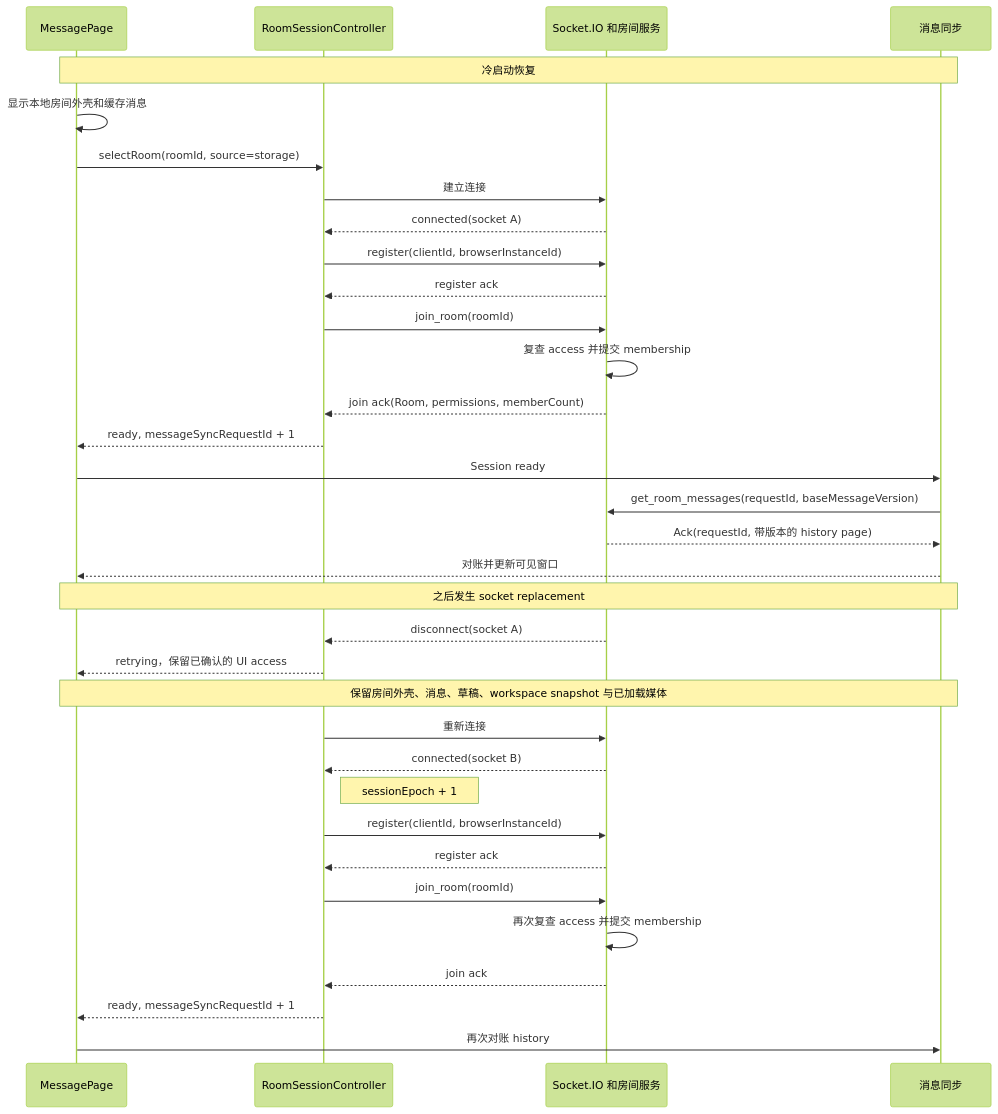
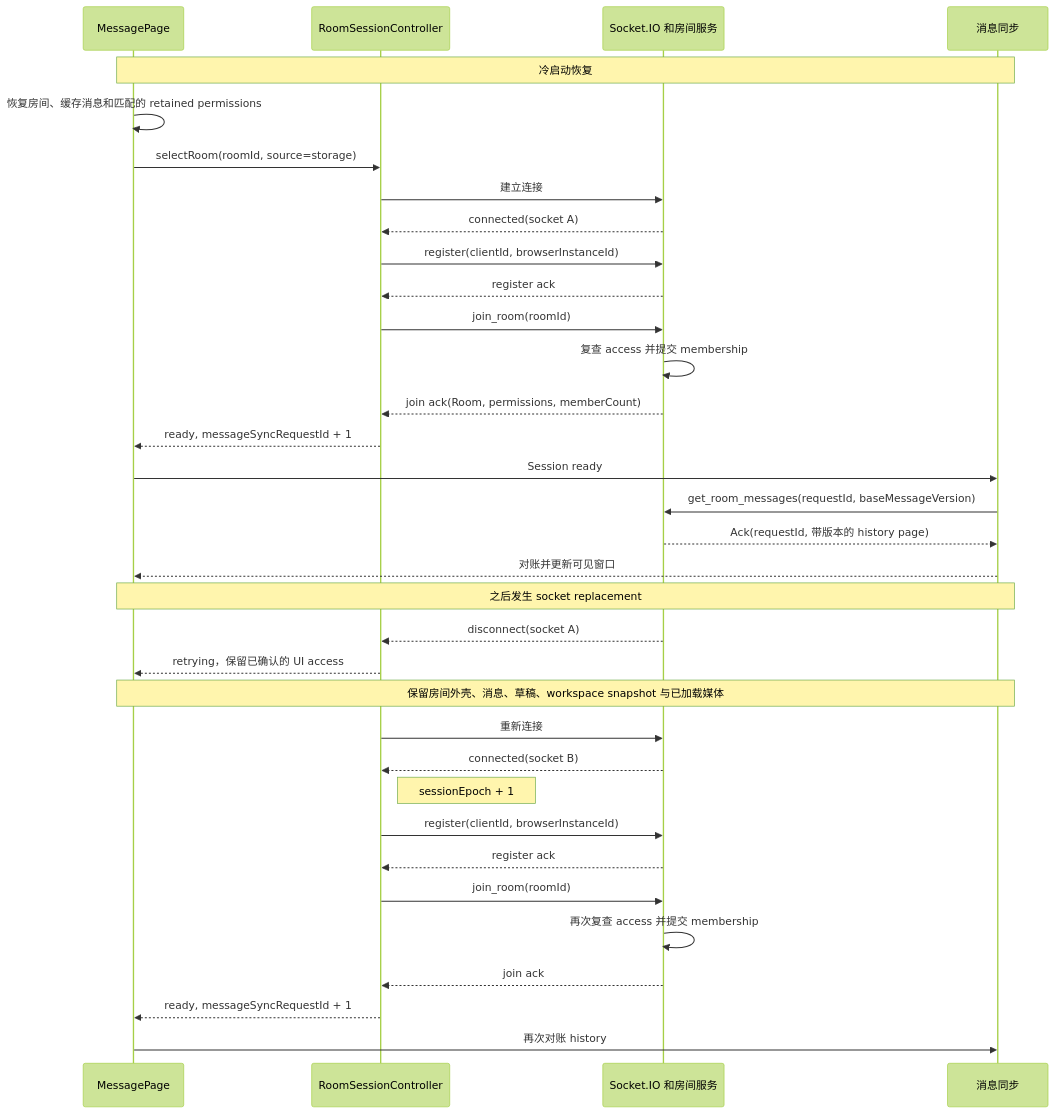
Before and after one commit to Skymore/roomtalk: the diagram in docs/room-reliability-architecture.zh.md, drawn with Mermaid (forest theme). The commit also changed other lines of this file and 6 other files, not shown here.

````diff
--- a/docs/room-reliability-architecture.zh.md
+++ b/docs/room-reliability-architecture.zh.md
@@ -100,38 +103,38 @@
 ```mermaid
 sequenceDiagram
     participant Page as MessagePage
     participant Session as RoomSessionController
     participant Server as Socket.IO 和房间服务
     participant Messages as 消息同步
 
     Note over Page,Messages: 冷启动恢复
-    Page->>Page: 显示本地房间外壳和缓存消息
+    Page->>Page: 恢复房间、缓存消息和匹配的 retained permissions
     Page->>Session: selectRoom(roomId, source=storage)
     Session->>Server: 建立连接
     Server-->>Session: connected(socket A)
     Session->>Server: register(clientId, browserInstanceId)
     Server-->>Session: register ack
     Session->>Server: join_room(roomId)
     Server->>Server: 复查 access 并提交 membership
     Server-->>Session: join ack(Room, permissions, memberCount)
     Session-->>Page: ready, messageSyncRequestId + 1
     Page->>Messages: Session ready
     Messages->>Server: get_room_messages(requestId, baseMessageVersion)
     Server-->>Messages: Ack(requestId, 带版本的 history page)
     Messages-->>Page: 对账并更新可见窗口
 
     Note over Page,Messages: 之后发生 socket replacement
     Server-->>Session: disconnect(socket A)
     Session-->>Page: retrying，保留已确认的 UI access
     Note over Page,Messages: 保留房间外壳、消息、草稿、workspace snapshot 与已加载媒体
     Session->>Server: 重新连接
     Server-->>Session: connected(socket B)
     Note right of Session: sessionEpoch + 1
     Session->>Server: register(clientId, browserInstanceId)
     Server-->>Session: register ack
     Session->>Server: join_room(roomId)
     Server->>Server: 再次复查 access 并提交 membership
     Server-->>Session: join ack
     Session-->>Page: ready, messageSyncRequestId + 1
     Page->>Messages: 再次对账 history
 ```
````
